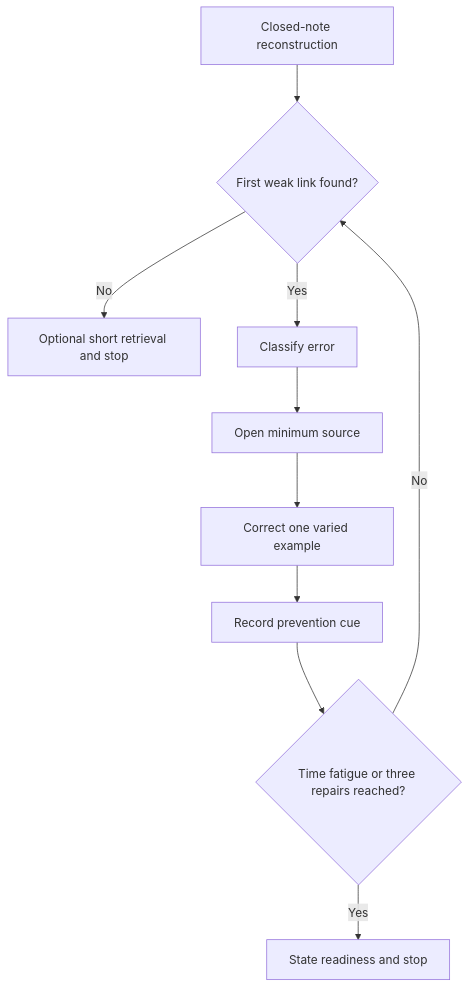
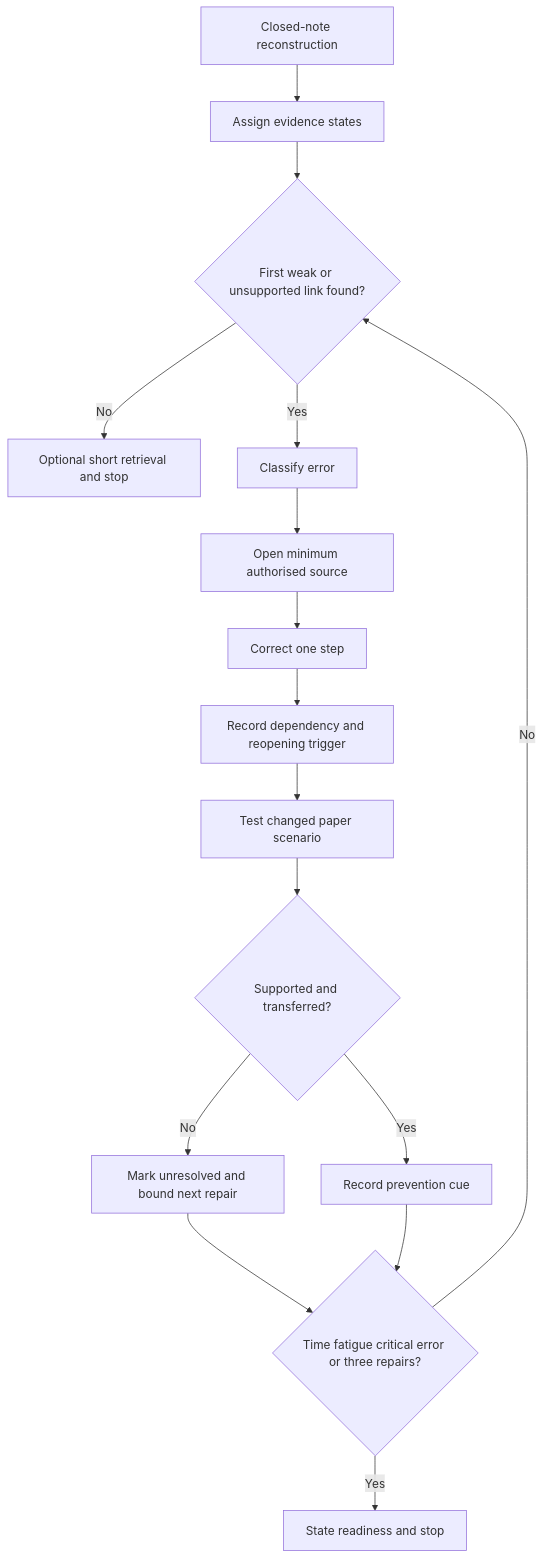
Before and after one commit to andrew3stedall/capstone: the first of 2 diagrams in docs/learning-plans/6-week/modules/day-19-rest-calculation-correction-and-catch-up.md, drawn with Mermaid. The commit also changed other lines of this file and 4 other files, not shown here.

````diff
--- a/docs/learning-plans/6-week/modules/day-19-rest-calculation-correction-and-catch-up.md
+++ b/docs/learning-plans/6-week/modules/day-19-rest-calculation-correction-and-catch-up.md
@@ -79,12 +91,18 @@
 ```mermaid
 flowchart TD
-    A[Closed-note reconstruction] --> B{First weak link found?}
-    B -->|No| C[Optional short retrieval and stop]
-    B -->|Yes| D[Classify error]
-    D --> E[Open minimum source]
-    E --> F[Correct one varied example]
-    F --> G[Record prevention cue]
-    G --> H{Time fatigue or three repairs reached?}
-    H -->|Yes| I[State readiness and stop]
-    H -->|No| B
+    A[Closed-note reconstruction] --> B[Assign evidence states]
+    B --> C{First weak or unsupported link found?}
+    C -->|No| D[Optional short retrieval and stop]
+    C -->|Yes| E[Classify error]
+    E --> F[Open minimum authorised source]
+    F --> G[Correct one step]
+    G --> H[Record dependency and reopening trigger]
+    H --> I[Test changed paper scenario]
+    I --> J{Supported and transferred?}
+    J -->|No| K[Mark unresolved and bound next repair]
+    J -->|Yes| L[Record prevention cue]
+    K --> M{Time fatigue critical error or three repairs?}
+    L --> M
+    M -->|Yes| N[State readiness and stop]
+    M -->|No| C
 ```
````
